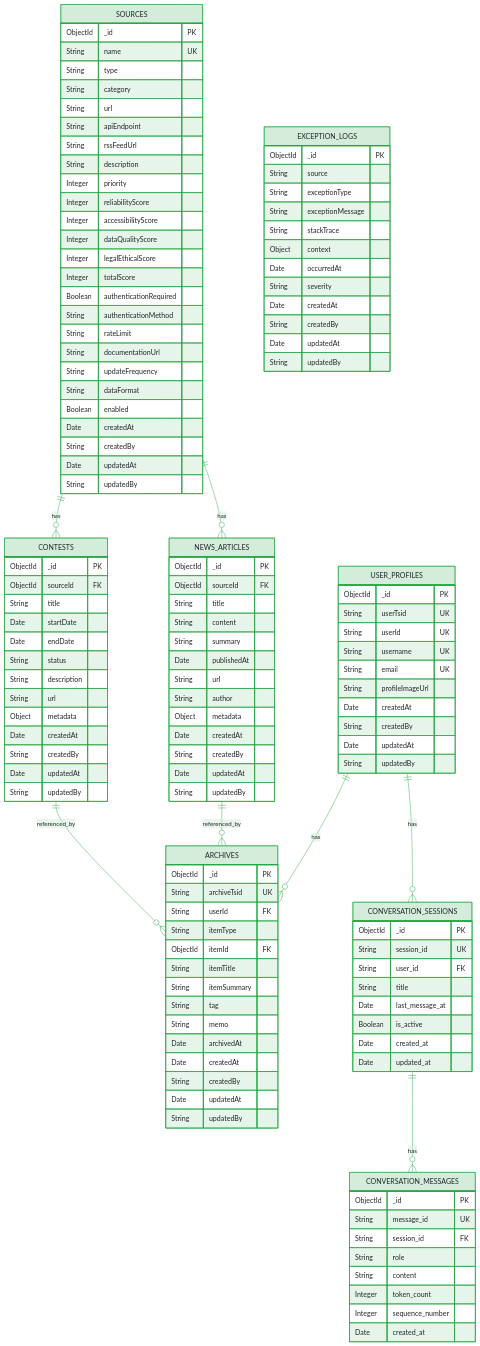
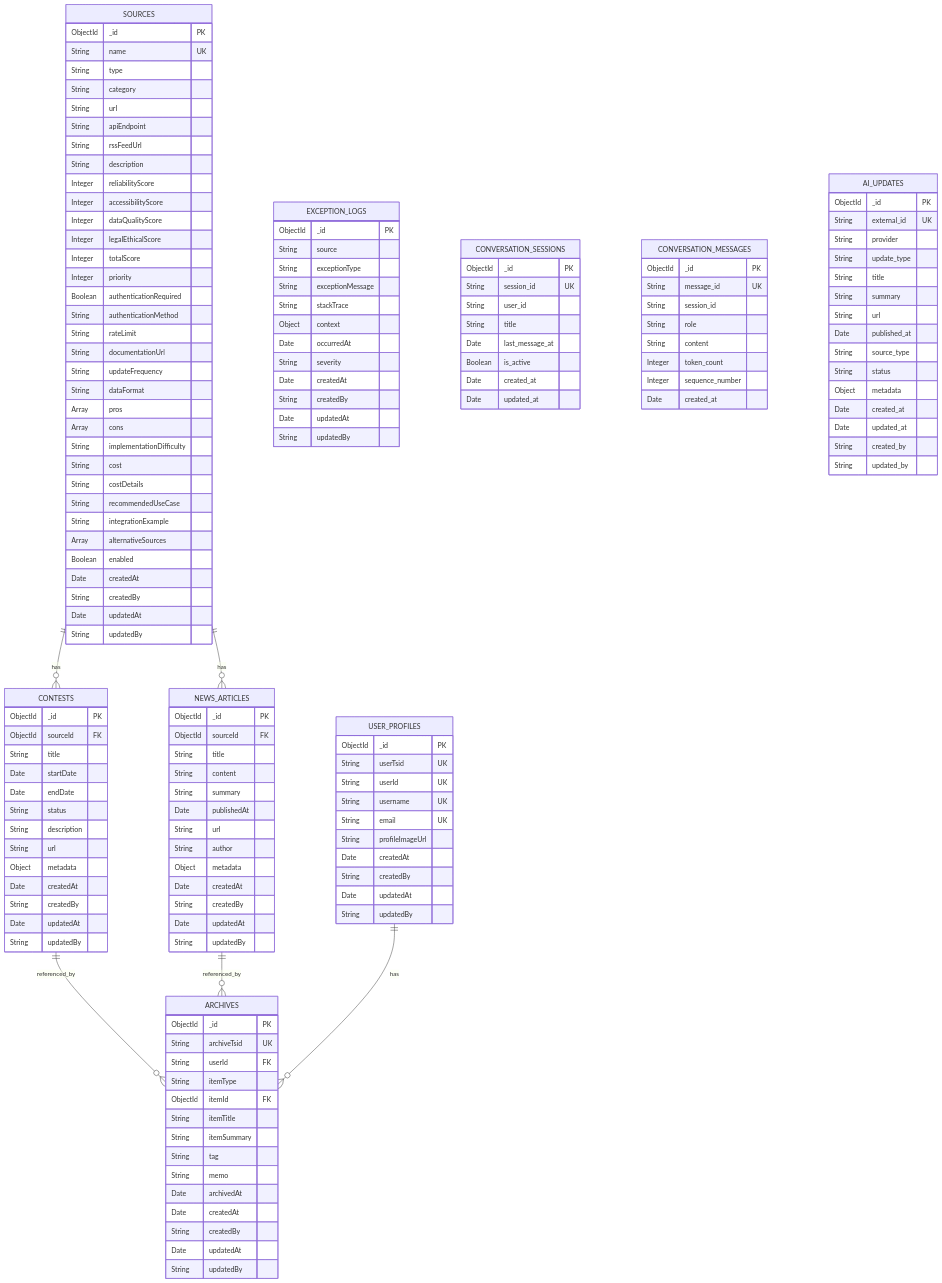
Before and after one commit to thswlsqls/tech-n-ai: the diagram in docs/step1/2. mongodb-schema-design.md, drawn with Mermaid. The commit also changed other lines of this file and 58 other files, not shown here.

````diff
--- a/docs/step1/2. mongodb-schema-design.md
+++ b/docs/step1/2. mongodb-schema-design.md
@@ -625,13 +751,10 @@
 ```mermaid
-%%{init: {'theme':'base', 'themeVariables': {'primaryColor':'#d4edda', 'primaryTextColor':'#212529', 'primaryBorderColor':'#28a745', 'lineColor':'#28a745', 'secondaryColor':'#d4edda', 'tertiaryColor':'#d4edda', 'background':'#ffffff', 'mainBkgColor':'#d4edda', 'secondBkgColor':'#d4edda', 'tertiaryBkgColor':'#d4edda', 'noteBkgColor':'#d4edda', 'noteTextColor':'#212529', 'noteBorderColor':'#28a745', 'actorBorder':'#28a745', 'actorBkg':'#d4edda', 'actorTextColor':'#212529', 'actorLineColor':'#28a745', 'cScale0':'#d4edda', 'cScale1':'#d4edda', 'cScale2':'#d4edda', 'cScaleLabel':'#212529', 'cScaleLabelText':'#212529', 'pie1':'#d4edda', 'pie2':'#d4edda', 'pie3':'#d4edda', 'pie4':'#d4edda', 'pie5':'#d4edda', 'pie6':'#d4edda', 'pie7':'#d4edda'}}}%%
 erDiagram
     SOURCES ||--o{ CONTESTS : "has"
     SOURCES ||--o{ NEWS_ARTICLES : "has"
     CONTESTS ||--o{ ARCHIVES : "referenced_by"
     NEWS_ARTICLES ||--o{ ARCHIVES : "referenced_by"
     USER_PROFILES ||--o{ ARCHIVES : "has"
-    USER_PROFILES ||--o{ CONVERSATION_SESSIONS : "has"
-    CONVERSATION_SESSIONS ||--o{ CONVERSATION_MESSAGES : "has"
     
     SOURCES {
         ObjectId _id PK
@@ -642,34 +765,27 @@
         String apiEndpoint
         String rssFeedUrl
         String description
-        Integer priority
         Integer reliabilityScore
         Integer accessibilityScore
         Integer dataQualityScore
         Integer legalEthicalScore
         Integer totalScore
+        Integer priority
         Boolean authenticationRequired
         String authenticationMethod
         String rateLimit
         String documentationUrl
         String updateFrequency
         String dataFormat
+        Array pros
+        Array cons
+        String implementationDifficulty
+        String cost
+        String costDetails
+        String recommendedUseCase
+        String integrationExample
+        Array alternativeSources
         Boolean enabled
-        Date createdAt
-        String createdBy
-        Date updatedAt
-        String updatedBy
-    }
-    
-    EXCEPTION_LOGS {
-        ObjectId _id PK
-        String source
-        String exceptionType
-        String exceptionMessage
-        String stackTrace
-        Object context
-        Date occurredAt
-        String severity
         Date createdAt
         String createdBy
         Date updatedAt
@@ -708,19 +824,6 @@
         String updatedBy
     }
     
-    USER_PROFILES {
-        ObjectId _id PK
-        String userTsid UK
-        String userId UK
-        String username UK
-        String email UK
-        String profileImageUrl
-        Date createdAt
-        String createdBy
-        Date updatedAt
-        String updatedBy
-    }
-    
     ARCHIVES {
         ObjectId _id PK
         String archiveTsid UK
@@ -738,10 +841,38 @@
         String updatedBy
     }
     
+    USER_PROFILES {
+        ObjectId _id PK
+        String userTsid UK
+        String userId UK
+        String username UK
+        String email UK
+        String profileImageUrl
+        Date createdAt
+        String createdBy
+        Date updatedAt
+        String updatedBy
+    }
+    
+    EXCEPTION_LOGS {
+        ObjectId _id PK
+        String source
+        String exceptionType
+        String exceptionMessage
+        String stackTrace
+        Object context
+        Date occurredAt
+        String severity
+        Date createdAt
+        String createdBy
+        Date updatedAt
+        String updatedBy
+    }
+    
     CONVERSATION_SESSIONS {
         ObjectId _id PK
         String session_id UK
-        String user_id FK
+        String user_id
         String title
         Date last_message_at
         Boolean is_active
@@ -752,11 +883,29 @@
     CONVERSATION_MESSAGES {
         ObjectId _id PK
         String message_id UK
-        String session_id FK
+        String session_id
         String role
         String content
         Integer token_count
         Integer sequence_number
         Date created_at
     }
+
+    AI_UPDATES {
+        ObjectId _id PK
+        String external_id UK
+        String provider
+        String update_type
+        String title
+        String summary
+        String url
+        Date published_at
+        String source_type
+        String status
+        Object metadata
+        Date created_at
+        Date updated_at
+        String created_by
+        String updated_by
+    }
 ```
````
